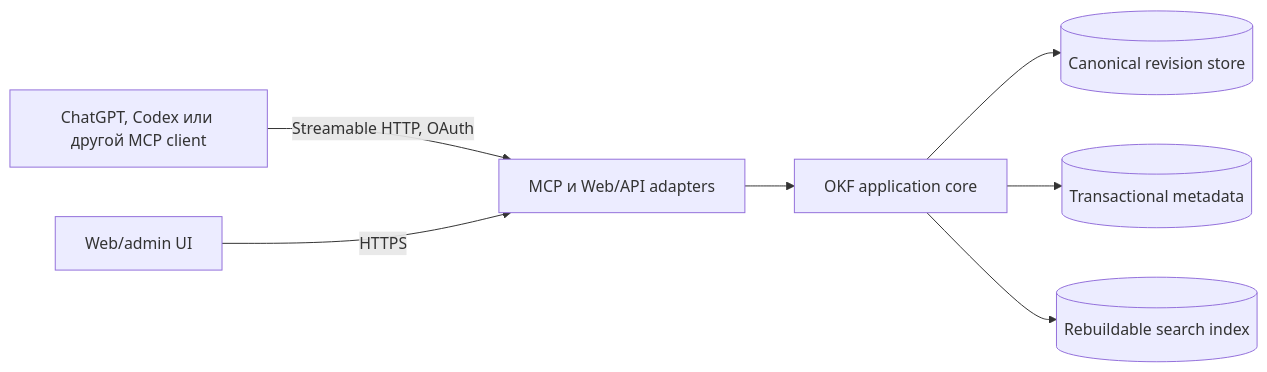
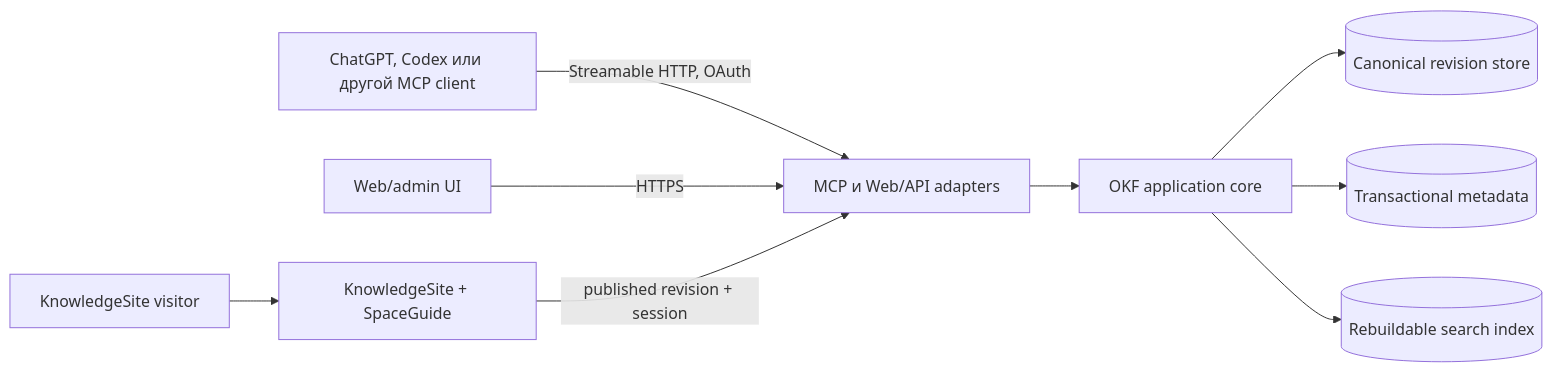
One commit to xxsrez/MindDiary changed the diagram in docs/architecture.md. Above: the diagram before and after it, drawn with Mermaid. The commit also changed other lines of this file and 5 other files, not shown here.

Commit message:
Model adaptive KnowledgeSpace experiences

````diff
--- a/docs/architecture.md
+++ b/docs/architecture.md
@@ -23,17 +26,21 @@
 ```mermaid
 flowchart LR
     Agent[ChatGPT, Codex или другой MCP client]
-    Web[Web/admin UI]
+    Admin[Web/admin UI]
+    Visitor[KnowledgeSite visitor]
+    Site[KnowledgeSite + SpaceGuide]
     Edge[MCP и Web/API adapters]
     Core[OKF application core]
     Canon[(Canonical revision store)]
     Meta[(Transactional metadata)]
     Index[(Rebuildable search index)]
 
     Agent -->|Streamable HTTP, OAuth| Edge
-    Web -->|HTTPS| Edge
+    Admin -->|HTTPS| Edge
+    Visitor --> Site
+    Site -->|published revision + session| Edge
     Edge --> Core
     Core --> Canon
     Core --> Meta
     Core --> Index
 ```
````
